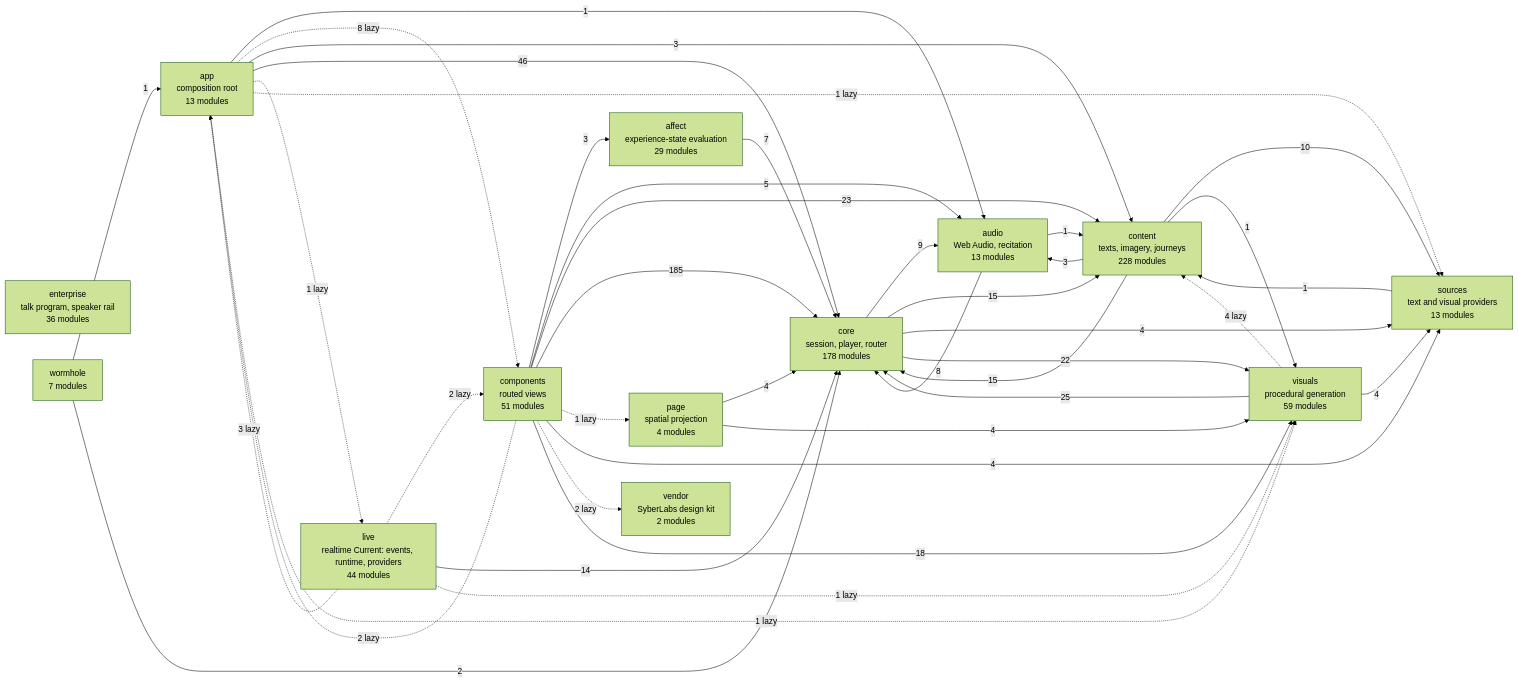
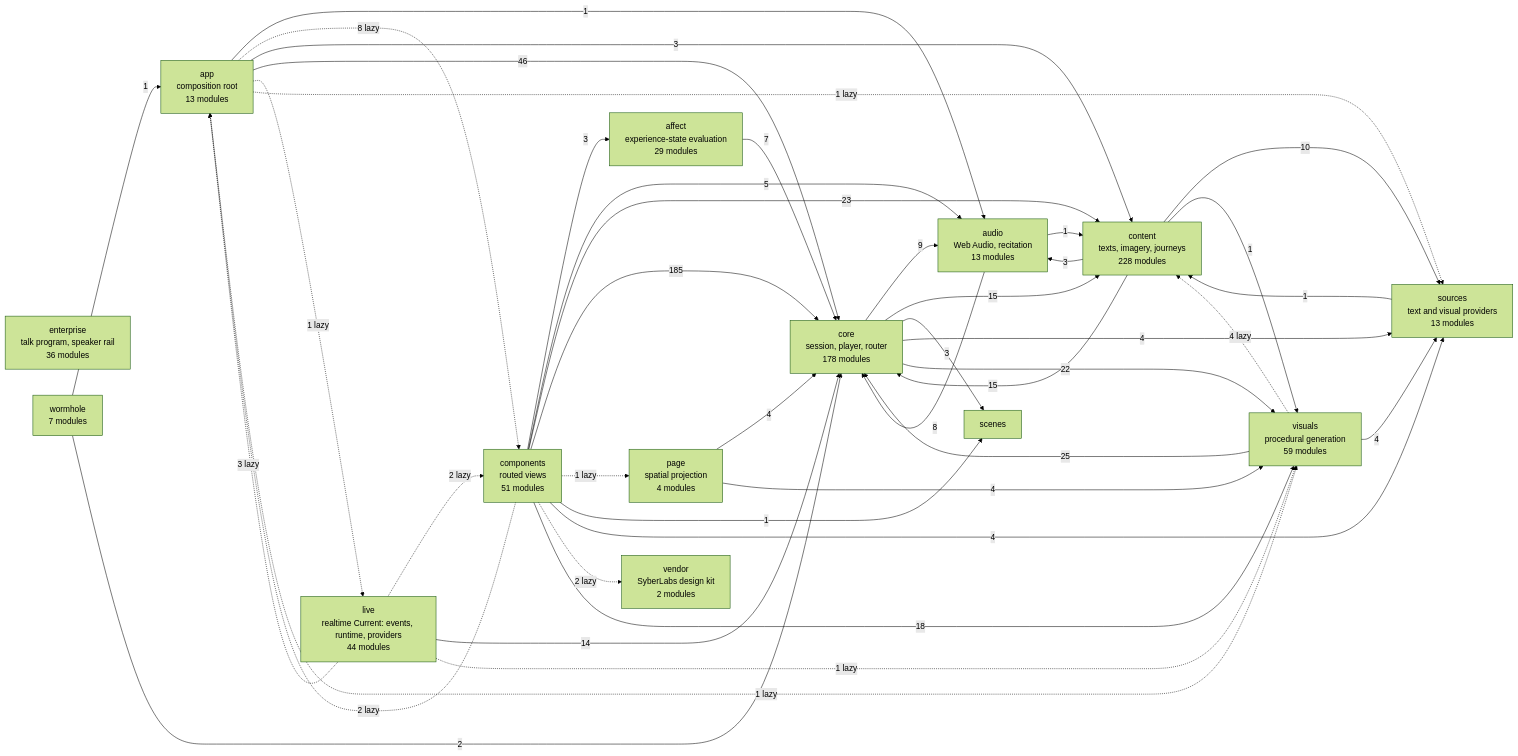
One commit to SyberLabs/RISE changed the diagram in docs/specs/ARCHITECTURE.md. Above: the diagram before and after it, drawn with Mermaid (forest theme). The commit also changed 24 other files, not shown here.

````diff
--- a/docs/specs/ARCHITECTURE.md
+++ b/docs/specs/ARCHITECTURE.md
@@ -154,56 +154,58 @@
 ```mermaid
 flowchart LR
     affect["affect<br/>experience-state evaluation<br/>29 modules"]
     app["app<br/>composition root<br/>13 modules"]
     audio["audio<br/>Web Audio, recitation<br/>13 modules"]
     components["components<br/>routed views<br/>51 modules"]
     content["content<br/>texts, imagery, journeys<br/>228 modules"]
     core["core<br/>session, player, router<br/>178 modules"]
     enterprise["enterprise<br/>talk program, speaker rail<br/>36 modules"]
     live["live<br/>realtime Current: events, runtime, providers<br/>44 modules"]
     page["page<br/>spatial projection<br/>4 modules"]
     sources["sources<br/>text and visual providers<br/>13 modules"]
     vendor["vendor<br/>SyberLabs design kit<br/>2 modules"]
     visuals["visuals<br/>procedural generation<br/>59 modules"]
     wormhole["wormhole<br/>7 modules"]
 
     affect --> |7| core
     app --> |1| audio
     app -.-> |8 lazy| components
     app --> |3| content
     app --> |46| core
     app -.-> |1 lazy| live
     app -.-> |1 lazy| sources
     app -.-> |1 lazy| visuals
     audio --> |1| content
     audio --> |8| core
     components --> |3| affect
     components -.-> |2 lazy| app
     components --> |5| audio
     components --> |23| content
     components --> |185| core
     components -.-> |1 lazy| page
+    components --> |1| scenes
     components --> |4| sources
     components -.-> |2 lazy| vendor
     components --> |18| visuals
     content --> |3| audio
     content --> |15| core
     content --> |10| sources
     content --> |1| visuals
     core --> |9| audio
     core --> |15| content
+    core --> |3| scenes
     core --> |4| sources
     core --> |22| visuals
     live -.-> |3 lazy| app
     live -.-> |2 lazy| components
     live --> |14| core
     live -.-> |1 lazy| visuals
     page --> |4| core
     page --> |4| visuals
     sources --> |1| content
     visuals -.-> |4 lazy| content
     visuals --> |25| core
     visuals --> |4| sources
     wormhole --> |1| app
     wormhole --> |2| core
 ```
````
